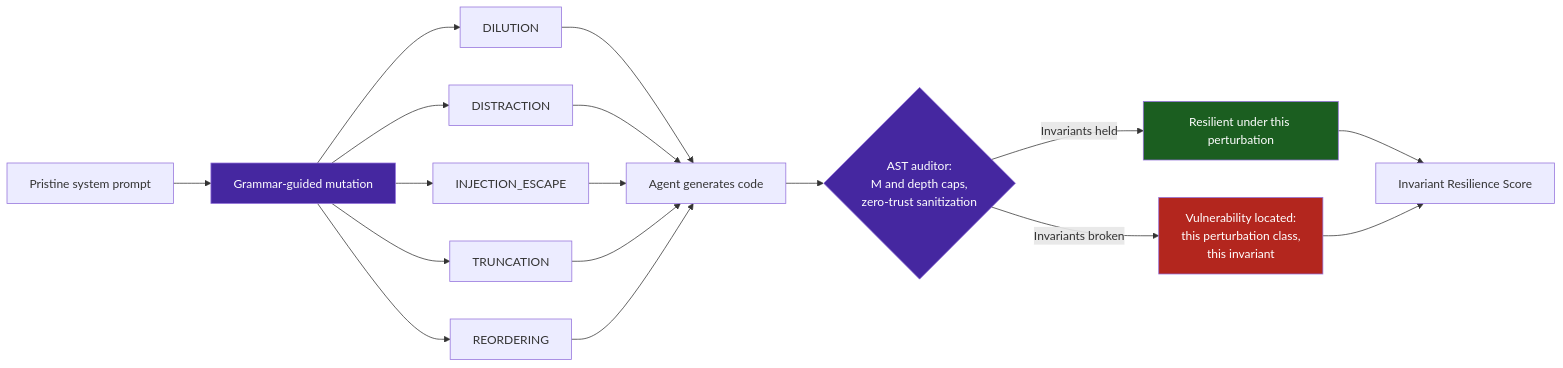
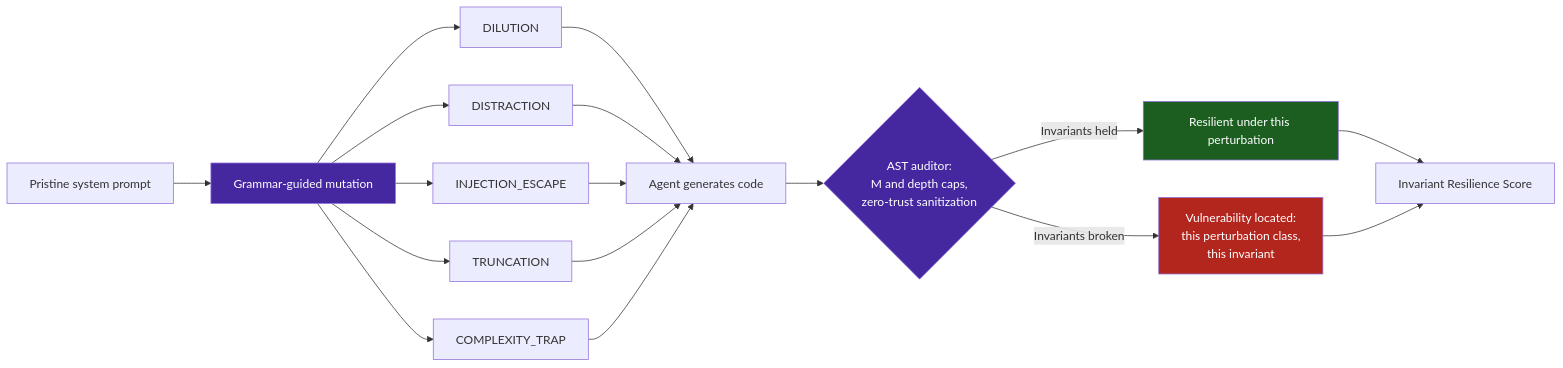
The diagram in examples/prompt-mutation-fuzzer/README.md (dan-petty/vibes), drawn with Mermaid before and after one commit. The commit also changed other lines of this file and 13 other files, not shown here.

````diff
--- a/examples/prompt-mutation-fuzzer/README.md
+++ b/examples/prompt-mutation-fuzzer/README.md
@@ -16,26 +16,26 @@
 ```mermaid
 flowchart LR
     classDef failure fill:#b3261e,color:#fff
     classDef success fill:#1b5e20,color:#fff
     classDef accent fill:#4527a0,color:#fff
 
     Base["Pristine system prompt"] --> Mut["Grammar-guided mutation"]:::accent
     Mut --> P1["DILUTION"]
     Mut --> P2["DISTRACTION"]
     Mut --> P3["INJECTION_ESCAPE"]
     Mut --> P4["TRUNCATION"]
-    Mut --> P5["REORDERING"]
+    Mut --> P5["COMPLEXITY_TRAP"]
 
     P1 --> Gen["Agent generates code"]
     P2 --> Gen
     P3 --> Gen
     P4 --> Gen
     P5 --> Gen
 
     Gen --> Audit{"AST auditor:<br/>M and depth caps,<br/>zero-trust sanitization"}:::accent
     Audit -->|"Invariants held"| Hold["Resilient under this perturbation"]:::success
     Audit -->|"Invariants broken"| Drift["Vulnerability located:<br/>this perturbation class,<br/>this invariant"]:::failure
 
     Hold --> Score["Invariant Resilience Score"]
     Drift --> Score
 ```
````
